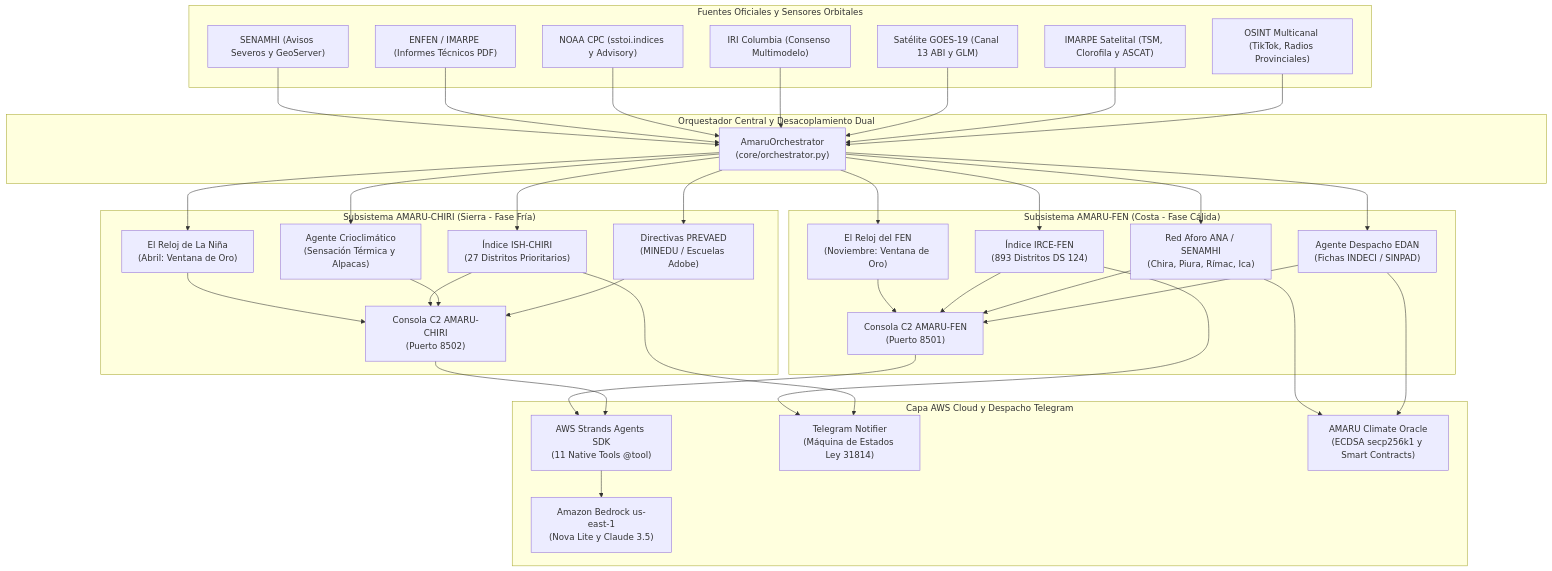
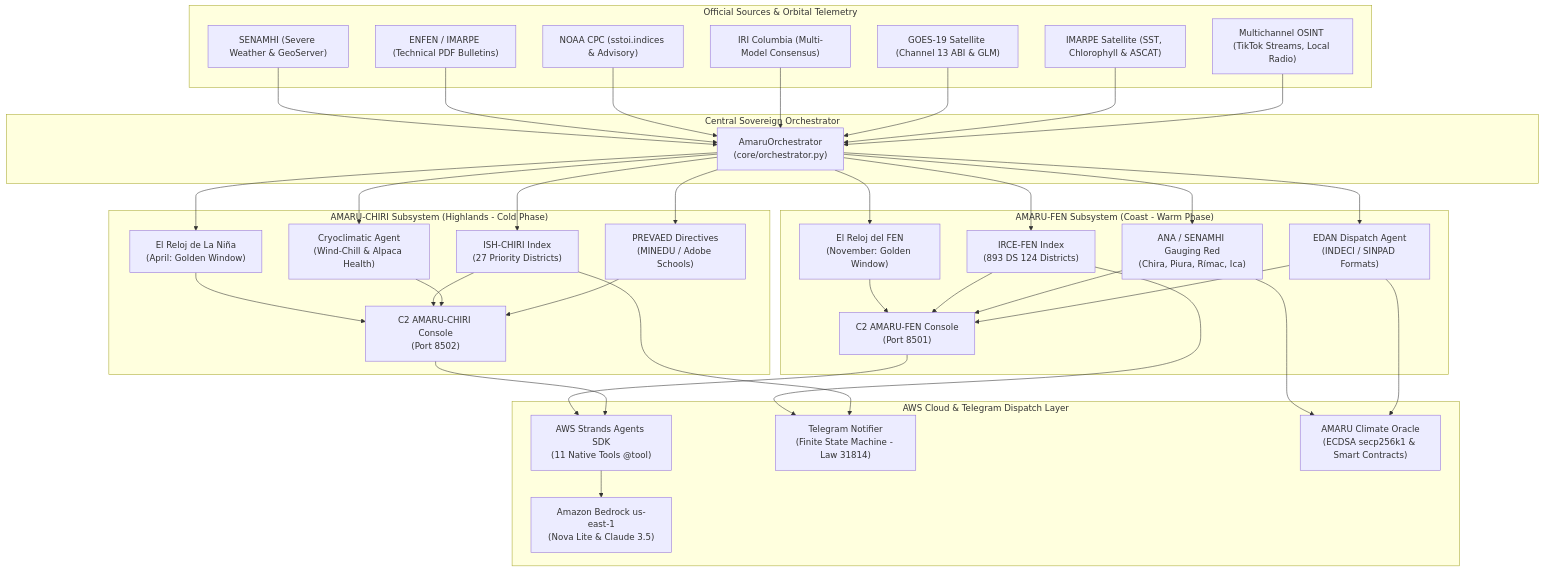
Before and after one commit to carlosmba12Peru/amaru-climate: the diagram in README.md, drawn with Mermaid. The commit also changed other lines of this file and 1 other file, not shown here.

Commit message:
docs: establish official English README with bilingual Spanish switcher (README_ES.md)

````diff
--- a/README.md
+++ b/README.md
@@ -68,77 +70,77 @@
 ```mermaid
 graph TD
-    subgraph FUENTES ["Fuentes Oficiales y Sensores Orbitales"]
-        F1["SENAMHI (Avisos Severos y GeoServer)"]
-        F2["ENFEN / IMARPE (Informes Técnicos PDF)"]
-        F3["NOAA CPC (sstoi.indices y Advisory)"]
-        F4["IRI Columbia (Consenso Multimodelo)"]
-        F5["Satélite GOES-19 (Canal 13 ABI y GLM)"]
-        F6["IMARPE Satelital (TSM, Clorofila y ASCAT)"]
-        F7["OSINT Multicanal (TikTok, Radios Provinciales)"]
+    subgraph FUENTES ["Official Sources & Orbital Telemetry"]
+        F1["SENAMHI (Severe Weather & GeoServer)"]
+        F2["ENFEN / IMARPE (Technical PDF Bulletins)"]
+        F3["NOAA CPC (sstoi.indices & Advisory)"]
+        F4["IRI Columbia (Multi-Model Consensus)"]
+        F5["GOES-19 Satellite (Channel 13 ABI & GLM)"]
+        F6["IMARPE Satellite (SST, Chlorophyll & ASCAT)"]
+        F7["Multichannel OSINT (TikTok Streams, Local Radio)"]
     end
 
-    subgraph ORQUESTACION ["Orquestador Central y Desacoplamiento Dual"]
+    subgraph ORQUESTACION ["Central Sovereign Orchestrator"]
         ORQ["AmaruOrchestrator<br/>(core/orchestrator.py)"]
     end
 
-    subgraph FEN_SUB ["Subsistema AMARU-FEN (Costa - Fase Cálida)"]
-        RELOJ_FEN["El Reloj del FEN<br/>(Noviembre: Ventana de Oro)"]
-        IRCE["Índice IRCE-FEN<br/>(893 Distritos DS 124)"]
-        AFA["Red Aforo ANA / SENAMHI<br/>(Chira, Piura, Rímac, Ica)"]
-        EDAN["Agente Despacho EDAN<br/>(Fichas INDECI / SINPAD)"]
-        C2_FEN["Consola C2 AMARU-FEN<br/>(Puerto 8501)"]
+    subgraph FEN_SUB ["AMARU-FEN Subsystem (Coast - Warm Phase)"]
+        RELOJ_FEN["El Reloj del FEN<br/>(November: Golden Window)"]
+        IRCE["IRCE-FEN Index<br/>(893 DS 124 Districts)"]
+        AFA["ANA / SENAMHI Gauging Red<br/>(Chira, Piura, Rímac, Ica)"]
+        EDAN["EDAN Dispatch Agent<br/>(INDECI / SINPAD Formats)"]
+        C2_FEN["C2 AMARU-FEN Console<br/>(Port 8501)"]
     end
 
-    subgraph CHIRI_SUB ["Subsistema AMARU-CHIRI (Sierra - Fase Fría)"]
-        RELOJ_NINA["El Reloj de La Niña<br/>(Abril: Ventana de Oro)"]
-        ISH["Índice ISH-CHIRI<br/>(27 Distritos Prioritarios)"]
-        CRIO["Agente Crioclimático<br/>(Sensación Térmica y Alpacas)"]
-        PREVAED["Directivas PREVAED<br/>(MINEDU / Escuelas Adobe)"]
-        C2_CHIRI["Consola C2 AMARU-CHIRI<br/>(Puerto 8502)"]
+    subgraph CHIRI_SUB ["AMARU-CHIRI Subsystem (Highlands - Cold Phase)"]
+        RELOJ_NINA["El Reloj de La Niña<br/>(April: Golden Window)"]
+        ISH["ISH-CHIRI Index<br/>(27 Priority Districts)"]
+        CRIO["Cryoclimatic Agent<br/>(Wind-Chill & Alpaca Health)"]
+        PREVAED["PREVAED Directives<br/>(MINEDU / Adobe Schools)"]
+        C2_CHIRI["C2 AMARU-CHIRI Console<br/>(Port 8502)"]
     end
 
-    subgraph AWS_SUB ["Capa AWS Cloud y Despacho Telegram"]
-        BEDROCK["Amazon Bedrock us-east-1<br/>(Nova Lite y Claude 3.5)"]
+    subgraph AWS_SUB ["AWS Cloud & Telegram Dispatch Layer"]
+        BEDROCK["Amazon Bedrock us-east-1<br/>(Nova Lite & Claude 3.5)"]
         STRANDS["AWS Strands Agents SDK<br/>(11 Native Tools @tool)"]
-        TG["Telegram Notifier<br/>(Máquina de Estados Ley 31814)"]
-        WEB3["AMARU Climate Oracle<br/>(ECDSA secp256k1 y Smart Contracts)"]
+        TG["Telegram Notifier<br/>(Finite State Machine - Law 31814)"]
+        WEB3["AMARU Climate Oracle<br/>(ECDSA secp256k1 & Smart Contracts)"]
     end
 
     F1 --> ORQ
     F2 --> ORQ
     F3 --> ORQ
     F4 --> ORQ
     F5 --> ORQ
     F6 --> ORQ
     F7 --> ORQ
 
     ORQ --> RELOJ_FEN
     ORQ --> IRCE
     ORQ --> AFA
     ORQ --> EDAN
 
     RELOJ_FEN --> C2_FEN
     IRCE --> C2_FEN
     AFA --> C2_FEN
     EDAN --> C2_FEN
 
     ORQ --> RELOJ_NINA
     ORQ --> ISH
     ORQ --> CRIO
     ORQ --> PREVAED
 
     RELOJ_NINA --> C2_CHIRI
     ISH --> C2_CHIRI
     CRIO --> C2_CHIRI
     PREVAED --> C2_CHIRI
 
     C2_FEN --> STRANDS
     C2_CHIRI --> STRANDS
     STRANDS --> BEDROCK
 
     IRCE --> TG
     ISH --> TG
 
     AFA --> WEB3
     EDAN --> WEB3
 ```
````
